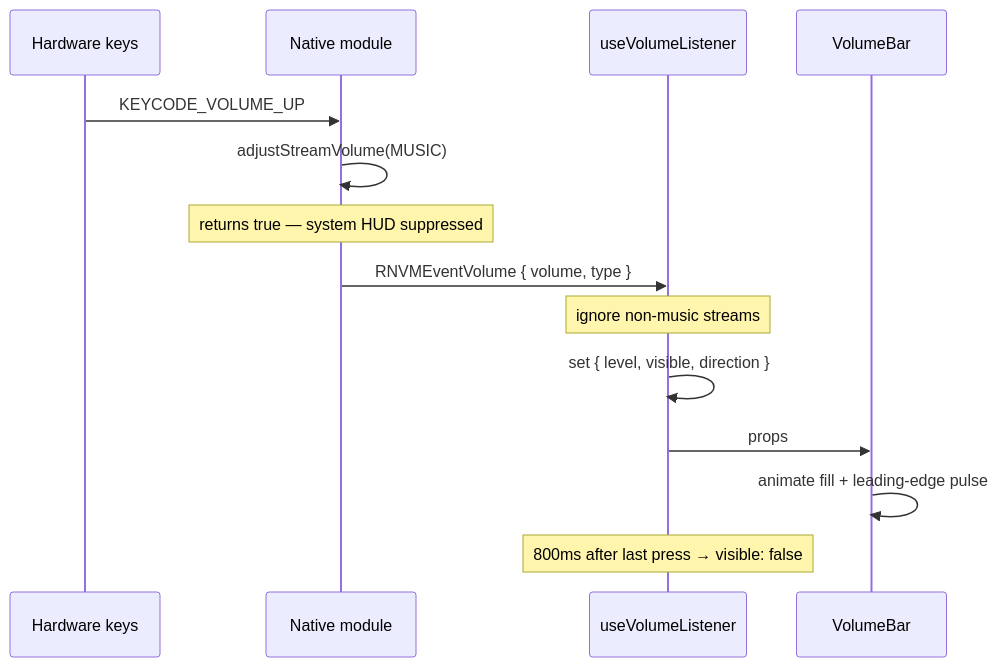
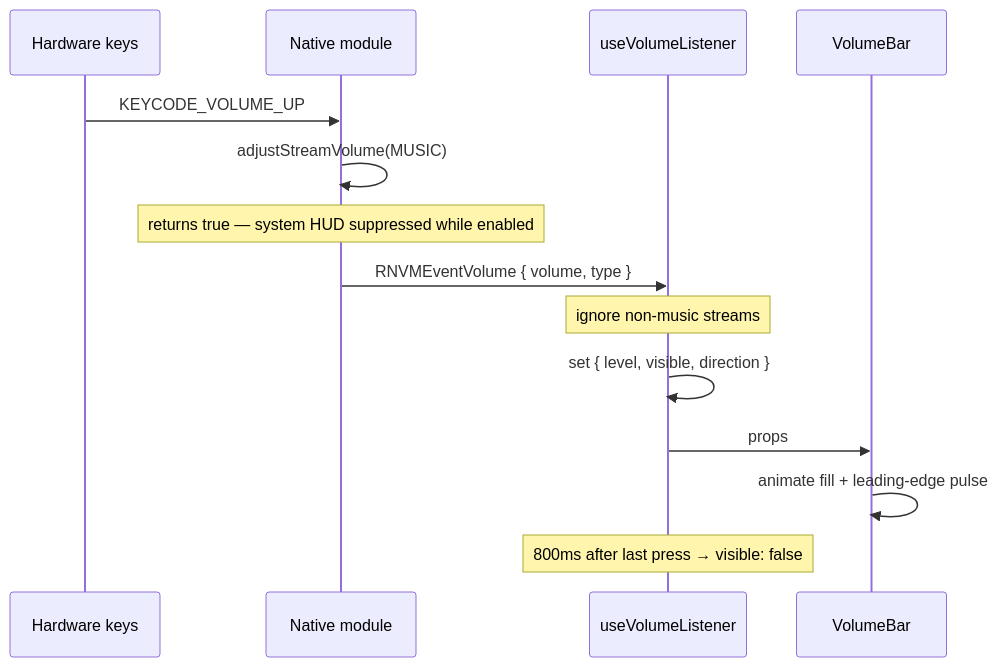
The diagram in docs/architecture.md (andirayka/custom-volume-ux), drawn with Mermaid before and after one commit. The commit also changed other lines of this file and 2 other files, not shown here.

````diff
--- a/docs/architecture.md
+++ b/docs/architecture.md
@@ -43,17 +43,17 @@
 ```mermaid
 sequenceDiagram
     participant Keys as Hardware keys
     participant Native as Native module
     participant Hook as useVolumeListener
     participant Bar as VolumeBar
 
     Keys->>Native: KEYCODE_VOLUME_UP
     Native->>Native: adjustStreamVolume(MUSIC)
-    Note over Native: returns true — system HUD suppressed
+    Note over Native: returns true — system HUD suppressed while enabled
     Native->>Hook: RNVMEventVolume { volume, type }
     Note over Hook: ignore non-music streams
     Hook->>Hook: set { level, visible, direction }
     Hook->>Bar: props
     Bar->>Bar: animate fill + leading-edge pulse
     Note over Hook: 800ms after last press → visible: false
 ```
````
